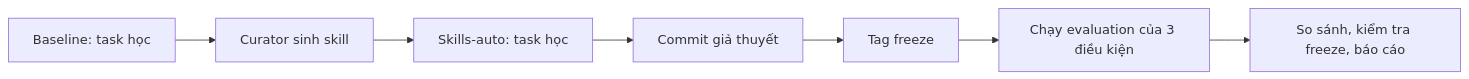
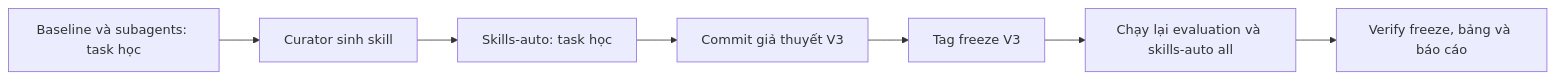
One commit to ilkhangnd/K4-DAY20-MULTIAGENTS-NguyenDinhKhang-2A202602584 changed the diagram in report/REPORT.md. Above: the diagram before and after it, drawn with Mermaid. The commit also changed other lines of this file and 25 other files, not shown here.

````diff
--- a/report/REPORT.md
+++ b/report/REPORT.md
@@ -16,9 +15,9 @@
 ```mermaid
 flowchart LR
-    A[Baseline: task học] --> B[Curator sinh skill]
+    A[Baseline và subagents: task học] --> B[Curator sinh skill]
     B --> C[Skills-auto: task học]
-    C --> D[Commit giả thuyết]
-    D --> E[Tag freeze]
-    E --> F[Chạy evaluation của 3 điều kiện]
-    F --> G[So sánh, kiểm tra freeze, báo cáo]
+    C --> D[Commit giả thuyết V3]
+    D --> E[Tag freeze V3]
+    E --> F[Chạy lại evaluation và skills-auto all]
+    F --> G[Verify freeze, bảng và báo cáo]
 ```
````
